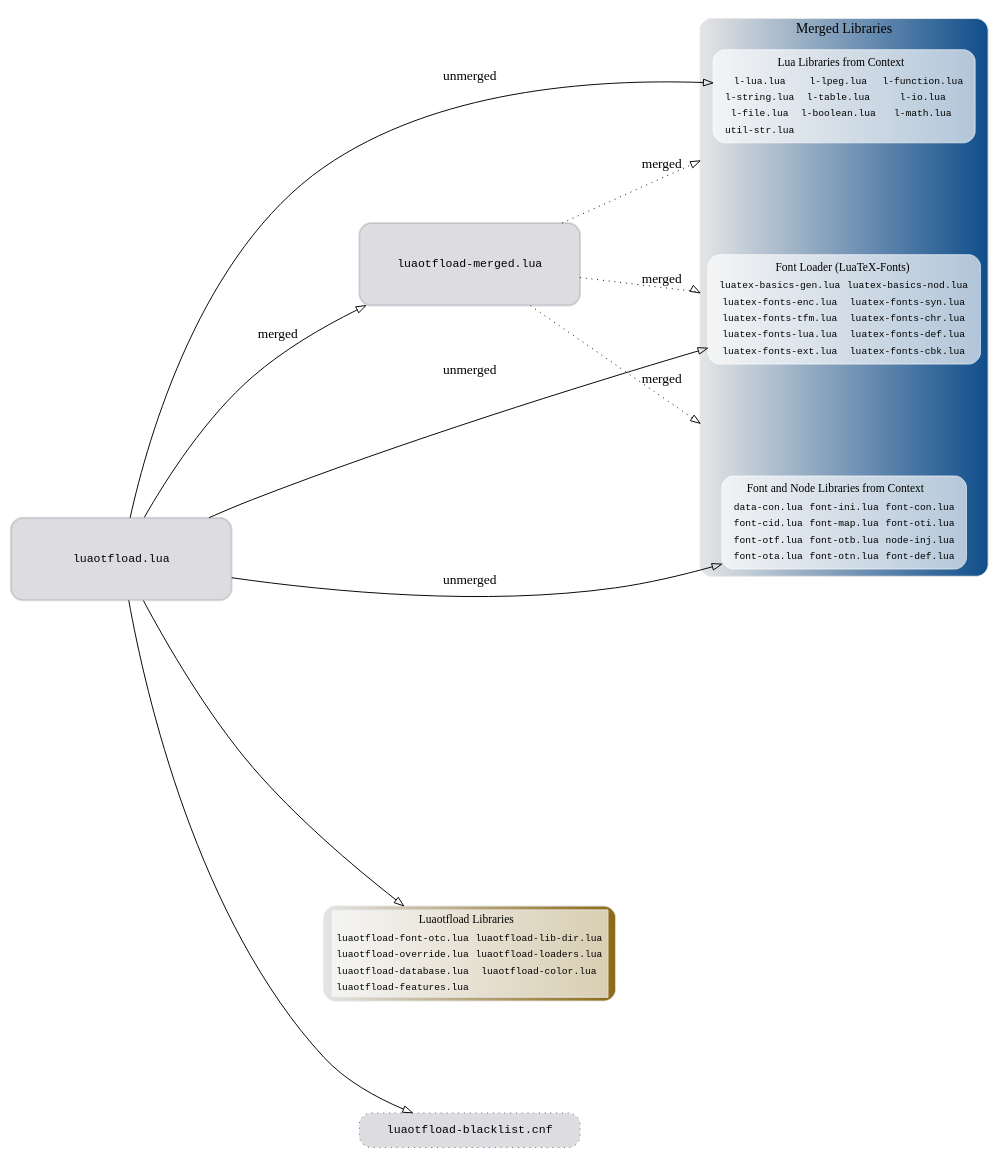
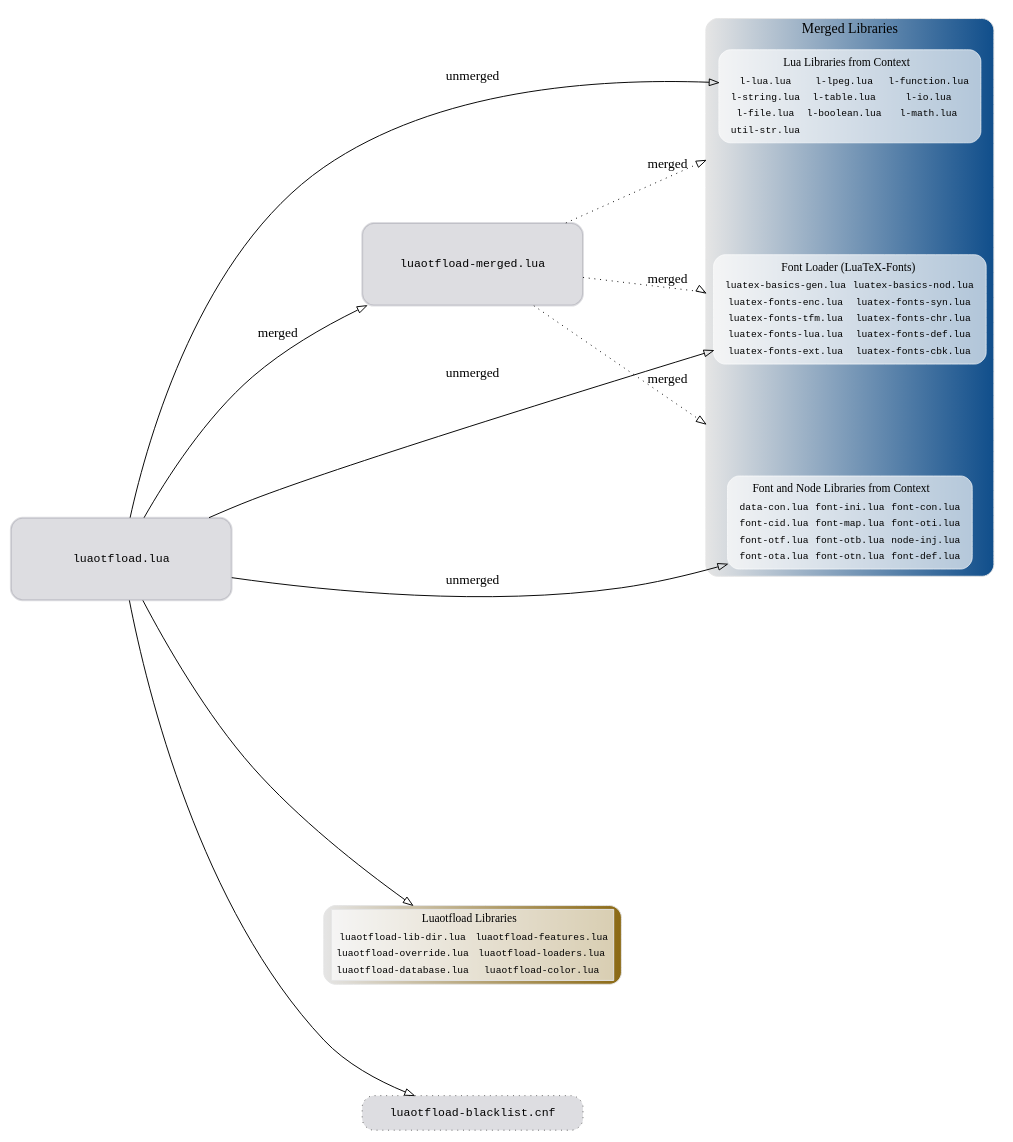
The diagram in filegraph.dot (latex3/luaotfload), drawn with Graphviz before and after one commit. The commit also changed 1 other file, not shown here.

```diff
--- a/filegraph.dot
+++ b/filegraph.dot
@@ -1,179 +1,178 @@
 strict digraph luaotfload_files { //looks weird with circo ...
     compound       = true;
 
 //  label          = "Schematic of the files included in Luaotfload.";
 //  labelloc       = "b";
 
     fontsize       = "14.4";
     labelfontname  = "Iwona Medium Regular";
     fontname       = "Iwona Light Regular";
     size           = "21cm";
 
     rankdir        = LR;
     ranksep  = 0.618;
     nodesep  = 1.618;
 
     edge [
         arrowhead = onormal,
         fontname  = "Iwona Cond Regular",
         penwidth  = 1.0,
     ];
     node [
         //penwidth = 0.7,
         fontname = "Liberation Mono",
         fontsize = 12,
     ];
 
 /* ····································································
  * file structure
  * ································································· */
     luaotfload -> otfl_fonts_merged [label="merged"]
     luaotfload -> merged_lua_libs     [label="unmerged", style=solid]
     luaotfload -> merged_luatex_fonts [label="unmerged", style=solid]
     luaotfload -> merged_context_libs [label="unmerged", style=solid]
 
     luaotfload -> luaotfload_libs
     luaotfload -> otfl_blacklist_cnf
 
 
     otfl_fonts_merged -> merged_lua_libs     [label="merged",
                                               style=dotted,
                                               lhead=cluster_merged]
     otfl_fonts_merged -> merged_luatex_fonts [label="merged",
                                               style=dotted,
                                               lhead=cluster_merged]
     otfl_fonts_merged -> merged_context_libs [label="merged",
                                               style=dotted,
                                               lhead=cluster_merged]
 
 
 
 /* ····································································
  * main files
  * ································································· */
 
     luaotfload        [label  = "luaotfload.lua",
                        shape  = rect,
                        width  = "3.2cm",
                        height = "1.2cm",
                        color  = "#01012222",
                        style  = "filled,rounded",
                        penwidth=2]
     /*
      *otfl_fonts        [label = "luaotfload-fonts.lua",
      *                   shape = rect,
      *                   width  = "3.2cm",
      *                   height = "1.2cm",
      *                   color  = "#01012222",
      *                   style  = "filled,rounded",
      *                   penwidth=2]
      */
     otfl_fonts_merged [label = "luaotfload-merged.lua",
                        shape = rect,
                        width  = "3.2cm",
                        height = "1.2cm",
                        color  = "#01012222",
                        style  = "filled,rounded",
                        penwidth=2]
 
 /* ····································································
  * luaotfload files
  * ································································· */
 
 
     otfl_blacklist_cnf [style      = "filled,dashed",
                         shape      = rect,
                         width      = "3.2cm",
                         fillcolor  = "#01012222",
                         color      = grey40,
                         style      = "filled,dotted,rounded",
                         label      = "luaotfload-blacklist.cnf"]
 
     luaotfload_libs [
         shape      = box,
         style      = "filled,rounded",
         color      = "grey90:goldenrod4",
         fontsize   = 10,
         label      = <
             <table cellborder="0" bgcolor="#FFFFFFAA">
                 <th> <td colspan="2"> <font point-size="12" face="Iwona Italic">Luaotfload Libraries</font> </td> </th>
-                <tr> <td>luaotfload-font-otc.lua</td> <td>luaotfload-lib-dir.lua</td> </tr>
-                <tr> <td>luaotfload-override.lua</td> <td>luaotfload-loaders.lua</td> </tr>
-                <tr> <td>luaotfload-database.lua</td> <td>luaotfload-color.lua</td>   </tr>
-                <tr> <td>luaotfload-features.lua</td> </tr>
+                <tr> <td>luaotfload-lib-dir.lua</td>  <td>luaotfload-features.lua</td> </tr>
+                <tr> <td>luaotfload-override.lua</td> <td>luaotfload-loaders.lua</td>  </tr>
+                <tr> <td>luaotfload-database.lua</td> <td>luaotfload-color.lua</td>    </tr>
             </table>
         >,
     ]
 
 /* ····································································
  * merged files
  * ································································· */
 
    subgraph cluster_merged {
        node [style=filled, color=white];
        style     = "filled,rounded";
        color     = "grey90:dodgerblue4";
        //nodesep   = "3.0";
        rank      = same;
        label     = "Merged Libraries";
        gradientangle=0;
        merged_lua_libs;
        merged_luatex_fonts;
        merged_context_libs;
    }
 
     otfl_fonts_merged -> merged_lua_libs
     otfl_fonts_merged -> merged_luatex_fonts
     otfl_fonts_merged -> merged_context_libs
 
     merged_lua_libs [
         shape      = box,
         style      = "filled,rounded",
         color      = "#FFFFFFAA",
         fontsize   = 10,
         label      = <
             <table border="0">
                 <th> <td colspan="3"> <font point-size="12" face="Iwona Italic">Lua Libraries from Context</font> </td> </th>
                 <tr> <td>l-lua.lua</td>     <td>l-lpeg.lua</td>    <td>l-function.lua</td>  </tr>
                 <tr> <td>l-string.lua</td>  <td>l-table.lua</td>   <td>l-io.lua</td>        </tr>
                 <tr> <td>l-file.lua</td>    <td>l-boolean.lua</td> <td>l-math.lua</td>      </tr>
                 <tr> <td>util-str.lua</td>                                                  </tr>
             </table>
         >,
     ]
 
     merged_luatex_fonts [
         shape      = box,
         style      = "filled,rounded",
         color      = "#FFFFFFAA",
         fontsize   = 10,
         label      = <
             <table border="0">
                 <th> <td colspan="2"> <font point-size="12" face="Iwona Italic">Font Loader (LuaTeX-Fonts)</font> </td> </th>
                 <tr> <td>luatex-basics-gen.lua</td> <td>luatex-basics-nod.lua</td> </tr>
                 <tr> <td>luatex-fonts-enc.lua</td>  <td>luatex-fonts-syn.lua</td> </tr>
                 <tr> <td>luatex-fonts-tfm.lua</td>  <td>luatex-fonts-chr.lua</td> </tr>
                 <tr> <td>luatex-fonts-lua.lua</td>  <td>luatex-fonts-def.lua</td> </tr>
                 <tr> <td>luatex-fonts-ext.lua</td>  <td>luatex-fonts-cbk.lua</td> </tr>
             </table>
         >,
     ]
 
     merged_context_libs [
         shape      = box,
         style      = "filled,rounded",
         color      = "#FFFFFFAA",
         fontsize   = 10,
         label      = <
             <table border="0">
                 <th> <td colspan="3"> <font point-size="12" face="Iwona Italic"> Font and Node Libraries from Context </font> </td> </th>
                 <tr> <td>data-con.lua</td> <td>font-ini.lua</td> <td>font-con.lua</td> </tr>
                 <tr> <td>font-cid.lua</td> <td>font-map.lua</td> <td>font-oti.lua</td> </tr>
                 <tr> <td>font-otf.lua</td> <td>font-otb.lua</td> <td>node-inj.lua</td> </tr>
                 <tr> <td>font-ota.lua</td> <td>font-otn.lua</td> <td>font-def.lua</td> </tr>
             </table>
         >,
     ]
 }
 
 // vim:ft=dot:sw=4:ts=4:expandtab
```
